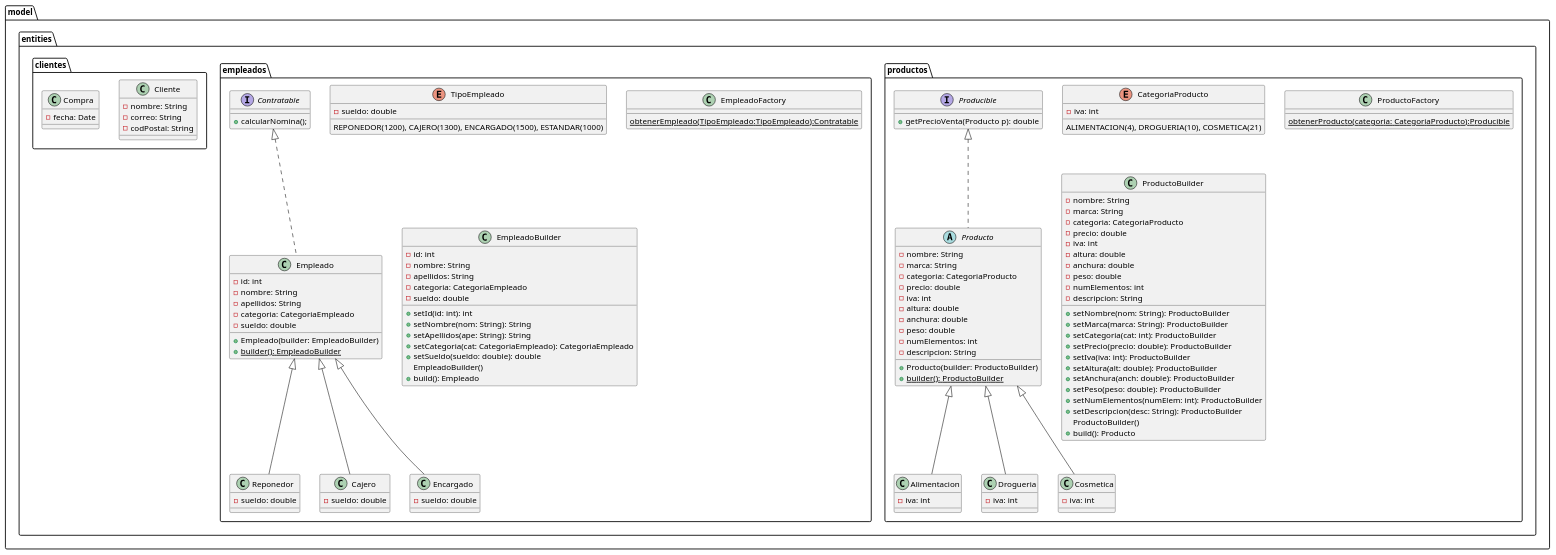
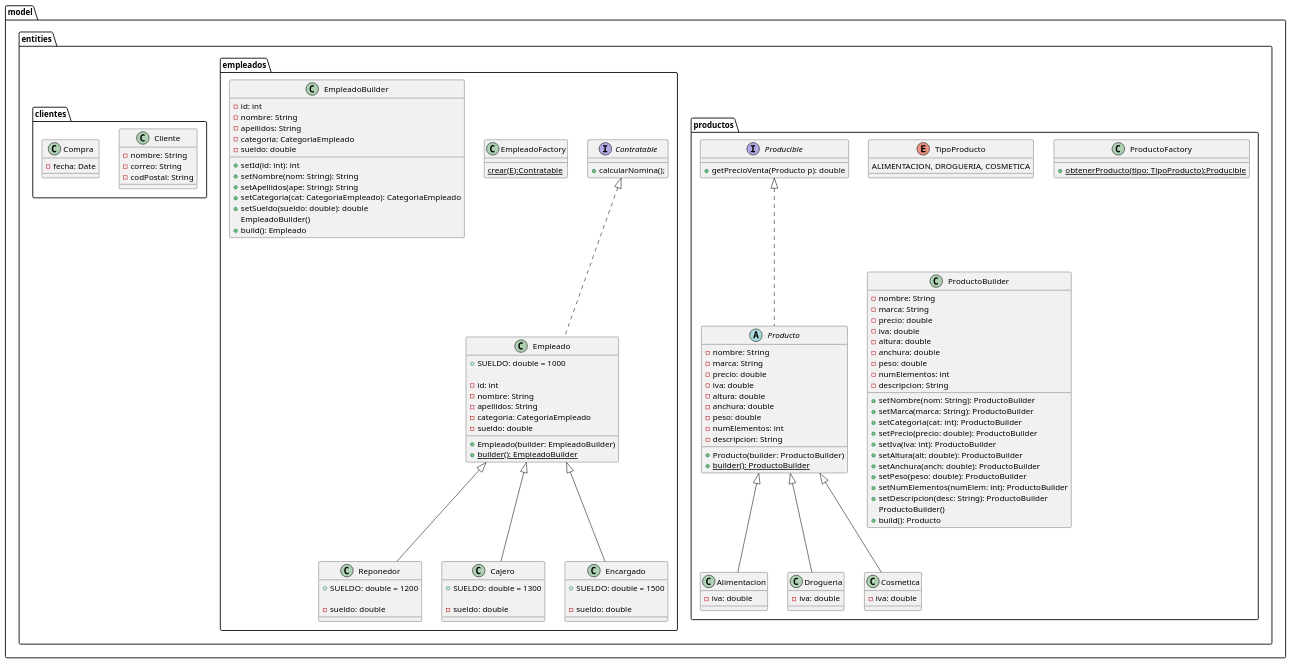
The diagram in design/Clases/ClasesEntities.pu (dmadcha/mercadaw_trabajo_ev3), drawn with PlantUML before and after one commit. The commit also changed 9 other files, not shown here.

```diff
--- a/design/Clases/ClasesEntities.pu
+++ b/design/Clases/ClasesEntities.pu
@@ -1,151 +1,150 @@
 @startuml MercaDAW
 
 package model{
     package entities {
         package productos{
-            enum CategoriaProducto{
-                ALIMENTACION(4), DROGUERIA(10), COSMETICA(21)
-                - iva: int
+            enum TipoProducto{
+                ALIMENTACION, DROGUERIA, COSMETICA
             }
 
             class ProductoFactory{
-                {static} obtenerProducto(categoria: CategoriaProducto):Producible
+                + {static} obtenerProducto(tipo: TipoProducto):Producible    
             }
 
             interface Producible{
                 + getPrecioVenta(Producto p): double
             }
 
             abstract class Producto {
                 - nombre: String
                 - marca: String
-                - categoria: CategoriaProducto
                 - precio: double
-                - iva: int
+                - iva: double
                 - altura: double
                 - anchura: double
                 - peso: double
                 - numElementos: int
                 - descripcion: String
 
                 + Producto(builder: ProductoBuilder)
                 + {static} builder(): ProductoBuilder
             }
 
             class Alimentacion {
-                - iva: int
+                - iva: double
             }
 
             class Drogueria {
-                - iva: int
+                - iva: double
             }
 
             class Cosmetica {
-                - iva: int
+                - iva: double
             }
 
             class ProductoBuilder {
                 - nombre: String
                 - marca: String
-                - categoria: CategoriaProducto
                 - precio: double
-                - iva: int
+                - iva: double
                 - altura: double
                 - anchura: double
                 - peso: double
                 - numElementos: int
                 - descripcion: String
 
                 + setNombre(nom: String): ProductoBuilder
                 + setMarca(marca: String): ProductoBuilder
                 + setCategoria(cat: int): ProductoBuilder
                 + setPrecio(precio: double): ProductoBuilder
                 + setIva(iva: int): ProductoBuilder
                 + setAltura(alt: double): ProductoBuilder
                 + setAnchura(anch: double): ProductoBuilder
                 + setPeso(peso: double): ProductoBuilder
                 + setNumElementos(numElem: int): ProductoBuilder
                 + setDescripcion(desc: String): ProductoBuilder
                 ProductoBuilder()
                 + build(): Producto
             }
 
             Producible <|.. Producto
             Producto <|-- Alimentacion
             Producto <|-- Drogueria
             Producto <|-- Cosmetica
 
         }
 
         package empleados {
             interface Contratable {
                 + calcularNomina();
             }
 
-            enum TipoEmpleado{
-                REPONEDOR(1200), CAJERO(1300), ENCARGADO(1500), ESTANDAR(1000)
-
-                - sueldo: double
-            }
-
             class EmpleadoFactory{
-                {static} obtenerEmpleado(TipoEmpleado:TipoEmpleado):Contratable
+                {static} crear(E):Contratable
             }
 
             class EmpleadoBuilder {
                 - id: int
                 - nombre: String
                 - apellidos: String
                 - categoria: CategoriaEmpleado
                 - sueldo: double
                 + setId(id: int): int
                 + setNombre(nom: String): String
                 + setApellidos(ape: String): String
                 + setCategoria(cat: CategoriaEmpleado): CategoriaEmpleado
                 + setSueldo(sueldo: double): double
                 EmpleadoBuilder()
                 + build(): Empleado
             }
 
             class Empleado {
+                + SUELDO: double = 1000
+
                 - id: int
                 - nombre: String
                 - apellidos: String
                 - categoria: CategoriaEmpleado
                 - sueldo: double
                 + Empleado(builder: EmpleadoBuilder)
                 + {static} builder(): EmpleadoBuilder
             }
 
             class Reponedor {
+                + SUELDO: double = 1200
+
                 - sueldo: double
             }
 
             class Cajero {
+                + SUELDO: double = 1300
+
                 - sueldo: double
             }
 
             class Encargado {
+                + SUELDO: double = 1500
+
                 - sueldo: double
             }
 
             Contratable <|.. Empleado
             Empleado <|-- Encargado
             Empleado <|-- Reponedor
             Empleado <|-- Cajero
         }
 
         package clientes {
             class Cliente {
                 - nombre: String 
                 - correo: String 
                 - codPostal: String
             }
 
             class Compra {
                 - fecha: Date
             }
         }
     }
 }
 @enduml
```
